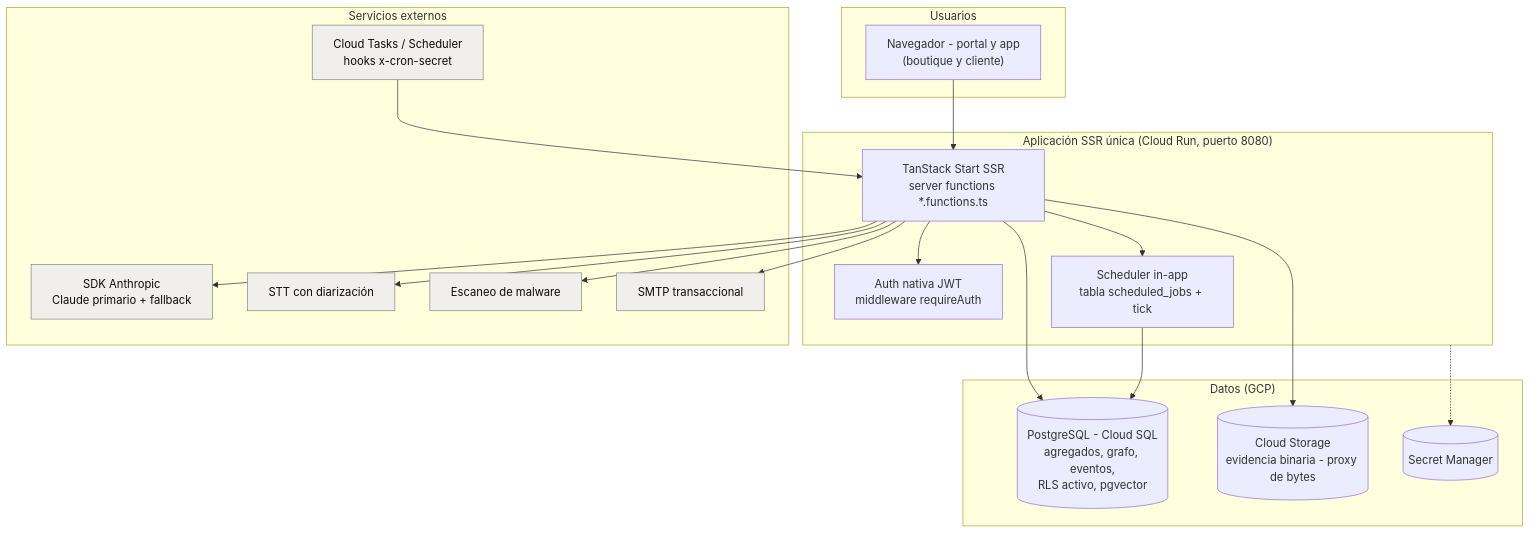
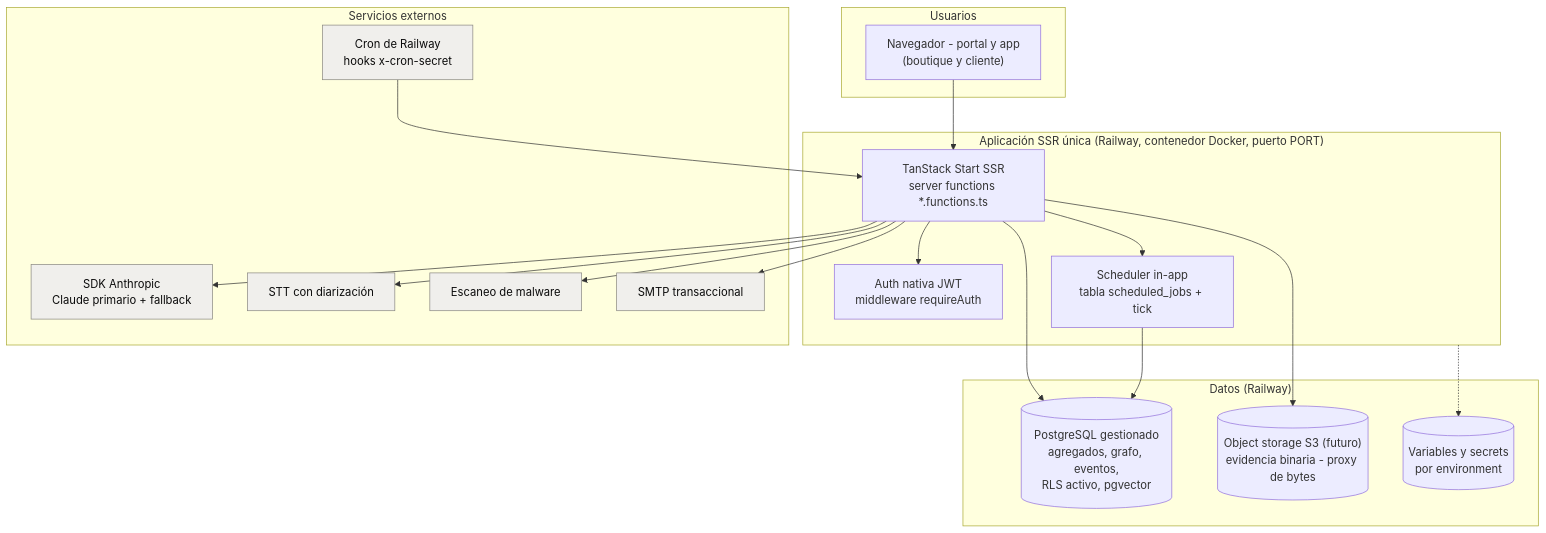
Before and after one commit to jtrujillo-ws/designio-app: the first of 2 diagrams in docs/06-diseno-tecnico/diseno-tecnico.md, drawn with Mermaid. The commit also changed other lines of this file and 6 other files, not shown here.

````diff
--- a/docs/06-diseno-tecnico/diseno-tecnico.md
+++ b/docs/06-diseno-tecnico/diseno-tecnico.md
@@ -115,42 +115,42 @@
 ```mermaid
 flowchart TD
   subgraph Clientes["Usuarios"]
     B["Navegador - portal y app<br/>(boutique y cliente)"]
   end
 
-  subgraph App["Aplicación SSR única (Cloud Run, puerto 8080)"]
+  subgraph App["Aplicación SSR única (Railway, contenedor Docker, puerto PORT)"]
     W["TanStack Start SSR<br/>server functions *.functions.ts"]
     AUTH["Auth nativa JWT<br/>middleware requireAuth"]
     SCH["Scheduler in-app<br/>tabla scheduled_jobs + tick"]
   end
 
-  subgraph Datos["Datos (GCP)"]
-    PG[("PostgreSQL - Cloud SQL<br/>agregados, grafo, eventos,<br/>RLS activo, pgvector")]
-    OS[("Cloud Storage<br/>evidencia binaria - proxy de bytes")]
-    SM[("Secret Manager")]
+  subgraph Datos["Datos (Railway)"]
+    PG[("PostgreSQL gestionado<br/>agregados, grafo, eventos,<br/>RLS activo, pgvector")]
+    OS[("Object storage S3 (futuro)<br/>evidencia binaria - proxy de bytes")]
+    SM[("Variables y secrets<br/>por environment")]
   end
 
   subgraph Ext["Servicios externos"]
     LLM["SDK Anthropic<br/>Claude primario + fallback"]
     STT["STT con diarización"]
     AV["Escaneo de malware"]
     MAIL["SMTP transaccional"]
-    CT["Cloud Tasks / Scheduler<br/>hooks x-cron-secret"]
+    CT["Cron de Railway<br/>hooks x-cron-secret"]
   end
 
   B --> W
   W --> AUTH
   W --> PG
   W --> OS
   W --> SCH
   SCH --> PG
   CT --> W
   W --> LLM
   W --> STT
   W --> AV
   W --> MAIL
   App -.-> SM
 
   classDef ext fill:#f0efec,stroke:#898781,color:#0b0b0b
   class LLM,STT,AV,MAIL,CT ext
 ```
````
